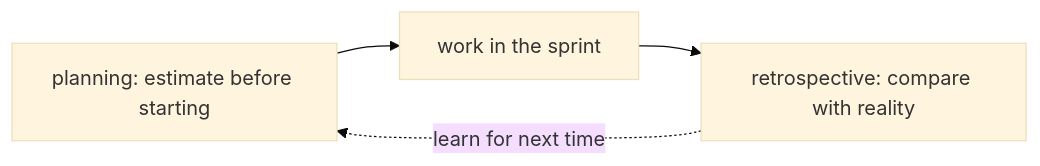
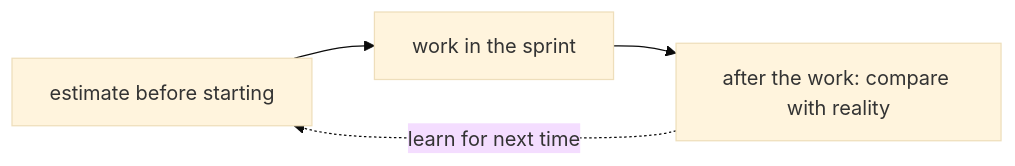
The diagram in content/tracks/management/stories-and-estimation/management.l1.estimates-are-not-commitments.en.md (duyan11110/lo-trinh-architect), drawn with Mermaid (base theme) before and after one commit. The commit also changed other lines of this file and 3 other files, not shown here.

````diff
--- a/content/tracks/management/stories-and-estimation/management.l1.estimates-are-not-commitments.en.md
+++ b/content/tracks/management/stories-and-estimation/management.l1.estimates-are-not-commitments.en.md
@@ -37,6 +37,6 @@
 ```mermaid
 flowchart LR
-  P[planning: estimate before starting] --> W[work in the sprint]
-  W --> R[retrospective: compare with reality]
+  P[estimate before starting] --> W[work in the sprint]
+  W --> R[after the work: compare with reality]
   R -.->|learn for next time| P
 ```
````
